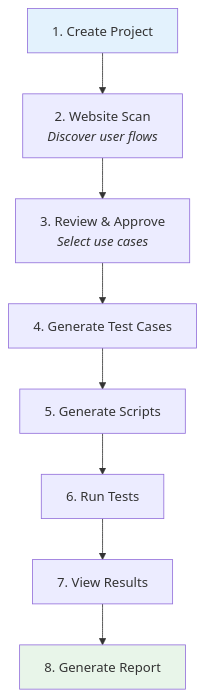
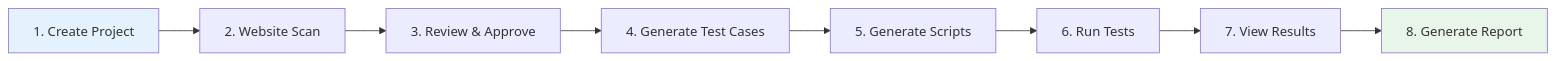
The fifth of 5 diagrams in mcp/mcp-concepts.md (multiplex-ai/muggle-ai-docs), drawn with Mermaid before and after one commit. The commit also changed other lines of this file and 3 other files, not shown here.

Commit message:
docs: update flowchart directions and formatting across multiple documentation files for improved clarity and consistency

````diff
--- a/mcp/mcp-concepts.md
+++ b/mcp/mcp-concepts.md
@@ -138,13 +141,13 @@
 ```mermaid
-flowchart TD
-    A["1. Create Project"] --> B["2. Website Scan<br/><i>Discover user flows</i>"]
-    B --> C["3. Review & Approve<br/><i>Select use cases</i>"]
+flowchart LR
+    A["1. Create Project"] --> B["2. Website Scan"]
+    B --> C["3. Review & Approve"]
     C --> D["4. Generate Test Cases"]
     D --> E["5. Generate Scripts"]
     E --> F["6. Run Tests"]
     F --> G["7. View Results"]
     G --> H["8. Generate Report"]
     
     style A fill:#e3f2fd
     style H fill:#e8f5e9
 ```
````
